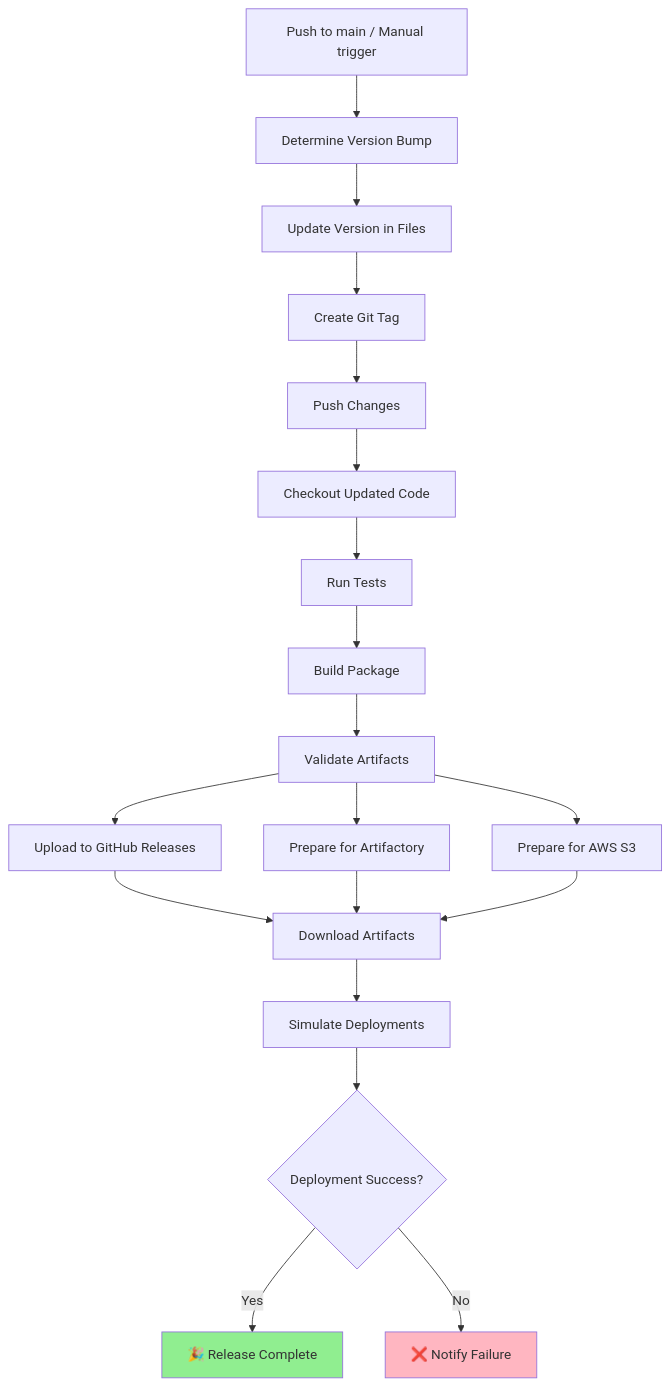
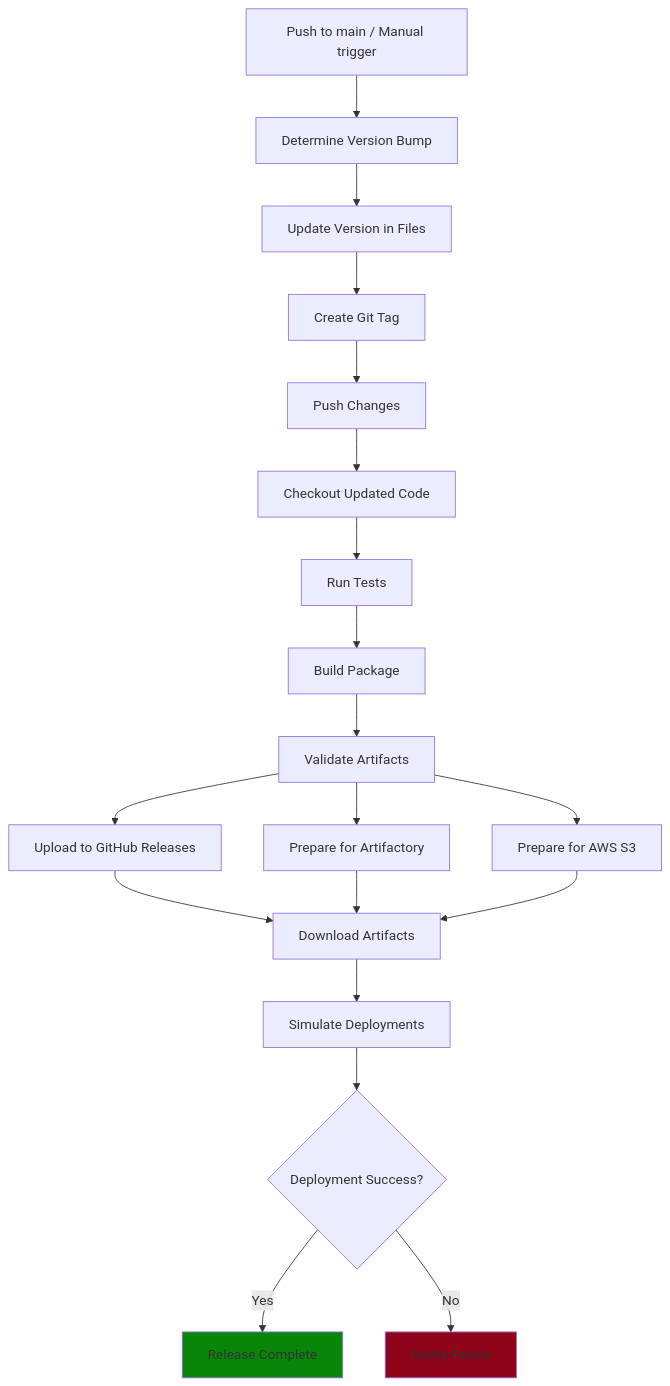
One commit to Matan-Shabi/msd-pipeline-hw changed the second of 2 diagrams in README.md. Above: the diagram before and after it, drawn with Mermaid. The commit also changed other lines of this file, not shown here.

Commit message:
readme update diagram colors

````diff
--- a/README.md
+++ b/README.md
@@ -119,29 +119,29 @@
 ```mermaid
 graph TB
     A[Push to main / Manual trigger] --> B[Determine Version Bump]
     B --> C[Update Version in Files]
     C --> D[Create Git Tag]
     D --> E[Push Changes]
 
     E --> F[Checkout Updated Code]
     F --> G[Run Tests]
     G --> H[Build Package]
     H --> I[Validate Artifacts]
 
     I --> J[Upload to GitHub Releases]
     I --> K[Prepare for Artifactory]
     I --> L[Prepare for AWS S3]
 
     J --> M[Download Artifacts]
     K --> M
     L --> M
 
     M --> N[Simulate Deployments]
     N --> O{Deployment Success?}
 
-    O -->|Yes| P[🎉 Release Complete]
-    O -->|No| Q[❌ Notify Failure]
+    O -->|Yes| P[ Release Complete]
+    O -->|No| Q[ Notify Failure]
 
-    style P fill:#90EE90
-    style Q fill:#FFB6C1
+    style P fill:#098509
+    style Q fill:#8f0419
 ```
````
